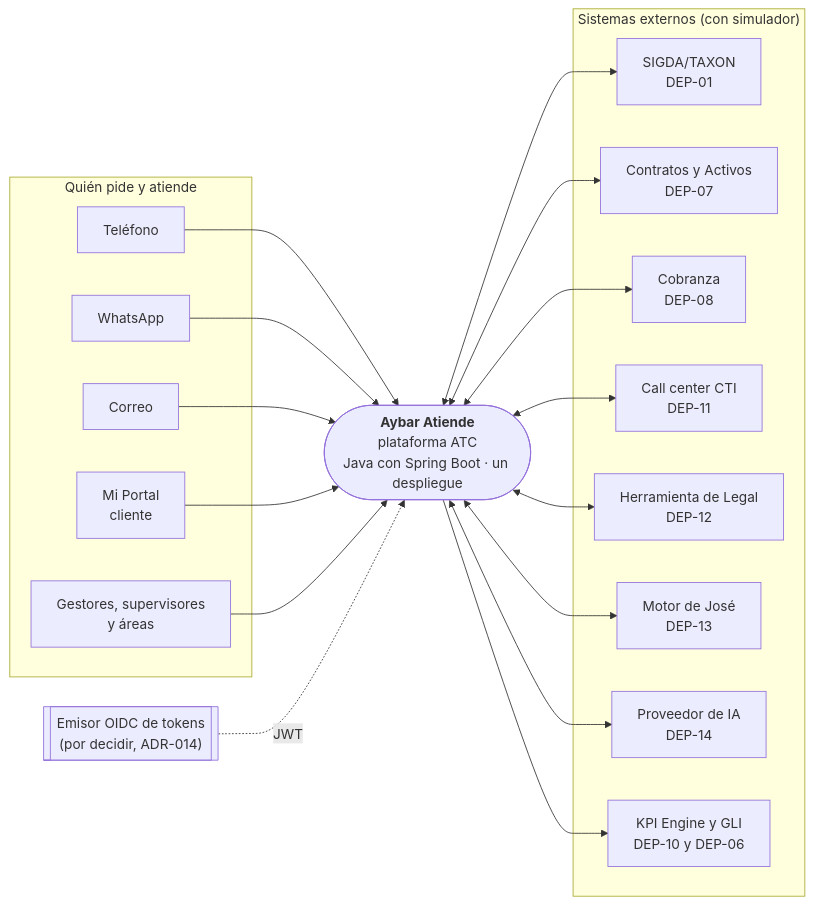
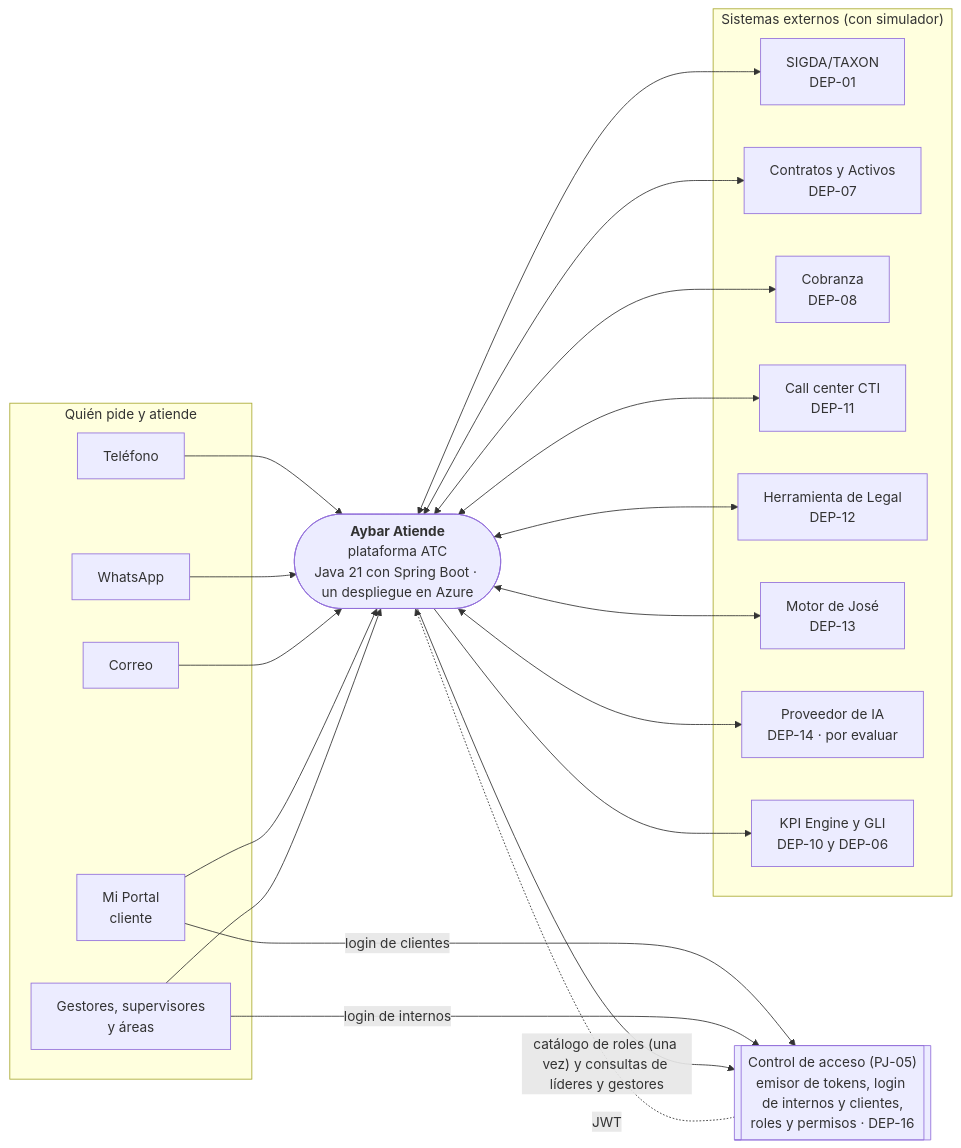
Before and after one commit to michel-poma-huachihuaco/tyc-mockup: the first of 3 diagrams in propuesta-po/documentacion/paquete-definir-etapa1-v1.3/arquitectura/diagrama-arquitectura.md, drawn with Mermaid. The commit also changed other lines of this file and 13 other files, not shown here.

First line of the commit message:
docs(propuesta-po): sync Jesus's ADR and architecture updates of 22-oct

````diff
--- a/propuesta-po/documentacion/paquete-definir-etapa1-v1.3/arquitectura/diagrama-arquitectura.md
+++ b/propuesta-po/documentacion/paquete-definir-etapa1-v1.3/arquitectura/diagrama-arquitectura.md
@@ -21,36 +21,39 @@
 ```mermaid
 flowchart LR
   subgraph Quien["Quién pide y atiende"]
     tel[Teléfono]
     wa[WhatsApp]
     mail[Correo]
     portal[Mi Portal<br/>cliente]
     ges[Gestores, supervisores<br/>y áreas]
   end
-  atc(["<b>Aybar Atiende</b><br/>plataforma ATC<br/>Java con Spring Boot · un despliegue"])
+  atc(["<b>Aybar Atiende</b><br/>plataforma ATC<br/>Java 21 con Spring Boot · un despliegue en Azure"])
   subgraph Ext["Sistemas externos (con simulador)"]
     sigda[SIGDA/TAXON<br/>DEP-01]
     con[Contratos y Activos<br/>DEP-07]
     cob[Cobranza<br/>DEP-08]
     cti[Call center CTI<br/>DEP-11]
     leg[Herramienta de Legal<br/>DEP-12]
     jose[Motor de José<br/>DEP-13]
-    ia[Proveedor de IA<br/>DEP-14]
+    ia[Proveedor de IA<br/>DEP-14 · por evaluar]
     kpi[KPI Engine y GLI<br/>DEP-10 y DEP-06]
   end
-  emisor[["Emisor OIDC de tokens<br/>(por decidir, ADR-014)"]]
+  ctrl[["Control de acceso (PJ-05)<br/>emisor de tokens, login de internos y clientes,<br/>roles y permisos · DEP-16"]]
   tel --> atc
   wa --> atc
   mail --> atc
+  portal -- "login de clientes" --> ctrl
+  ges -- "login de internos" --> ctrl
   portal --> atc
   ges --> atc
-  emisor -. JWT .-> atc
+  ctrl -. "JWT" .-> atc
+  atc -- "catálogo de roles (una vez) y consultas de líderes y gestores" --> ctrl
   atc <--> sigda
   atc <--> con
   atc <--> cob
   atc <--> cti
   atc <--> leg
   atc <--> jose
   atc <--> ia
   atc --> kpi
 ```
````
